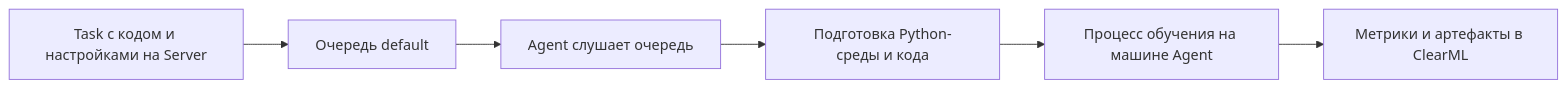
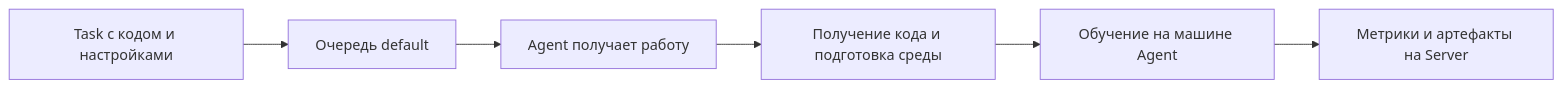
The second of 2 diagrams in modules/06-clearml/README.md (Karambollla/MLops-course), drawn with Mermaid before and after one commit. The commit also changed other lines of this file and 69 other files, not shown here.

````diff
--- a/modules/06-clearml/README.md
+++ b/modules/06-clearml/README.md
@@ -186,8 +98,8 @@
 ```mermaid
 flowchart LR
-    U["Task с кодом и настройками на Server"] --> Q["Очередь default"]
-    Q --> A["Agent слушает очередь"]
-    A --> E["Подготовка Python-среды и кода"]
-    E --> P["Процесс обучения на машине Agent"]
-    P --> S["Метрики и артефакты в ClearML"]
+    U[Task с кодом и настройками] --> Q[Очередь default]
+    Q --> A[Agent получает работу]
+    A --> E[Получение кода и подготовка среды]
+    E --> P[Обучение на машине Agent]
+    P --> S[Метрики и артефакты на Server]
 ```
````
